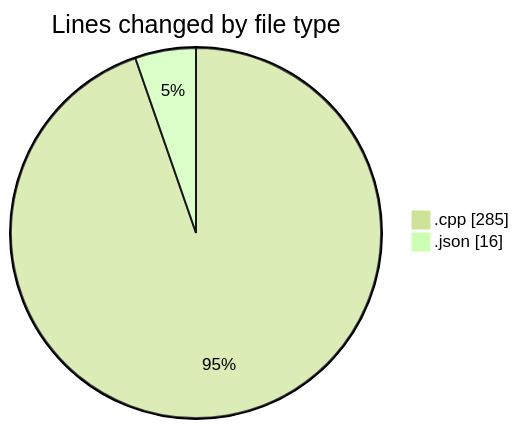
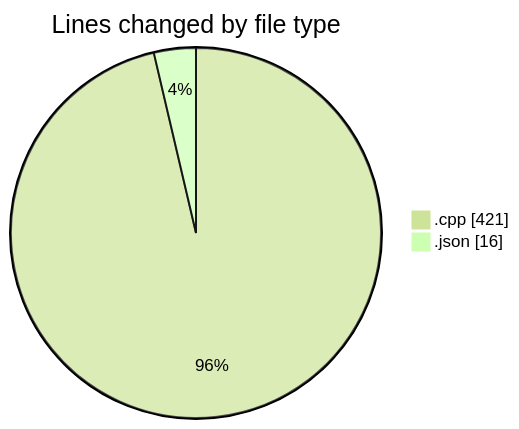
The first of 2 diagrams in 2025-04-26/echo/README.md (Netris89/code-tracking), drawn with Mermaid (forest theme) before and after one commit. The commit also changed other lines of this file and 1 other file, not shown here.

````diff
--- a/2025-04-26/echo/README.md
+++ b/2025-04-26/echo/README.md
@@ -21,6 +22,6 @@
 ```mermaid
 pie showData
 title Lines changed by file type
-".cpp" : 285
+".cpp" : 421
 ".json" : 16
 ```
````
